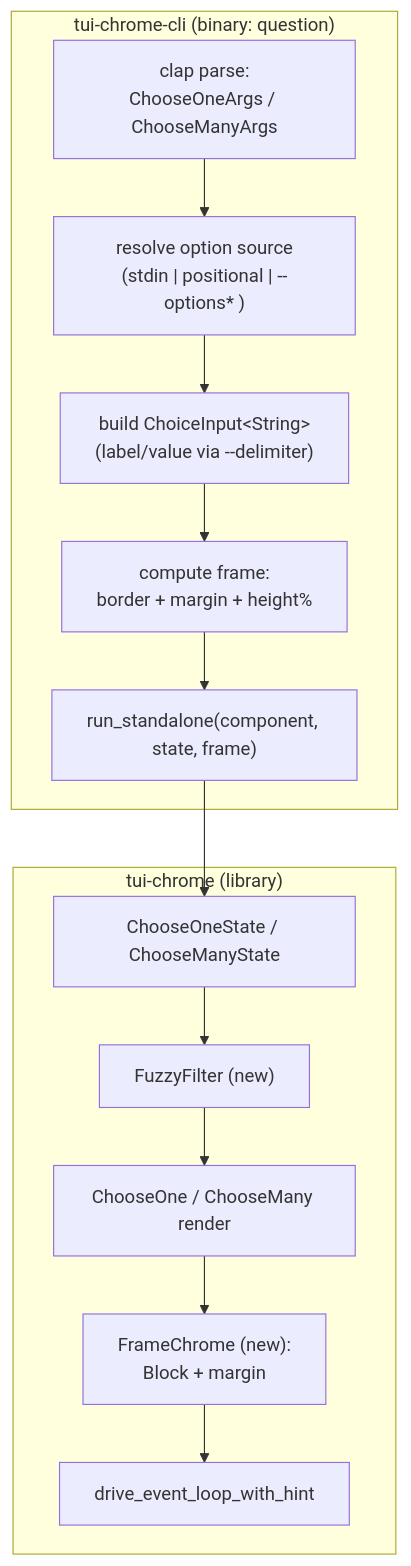
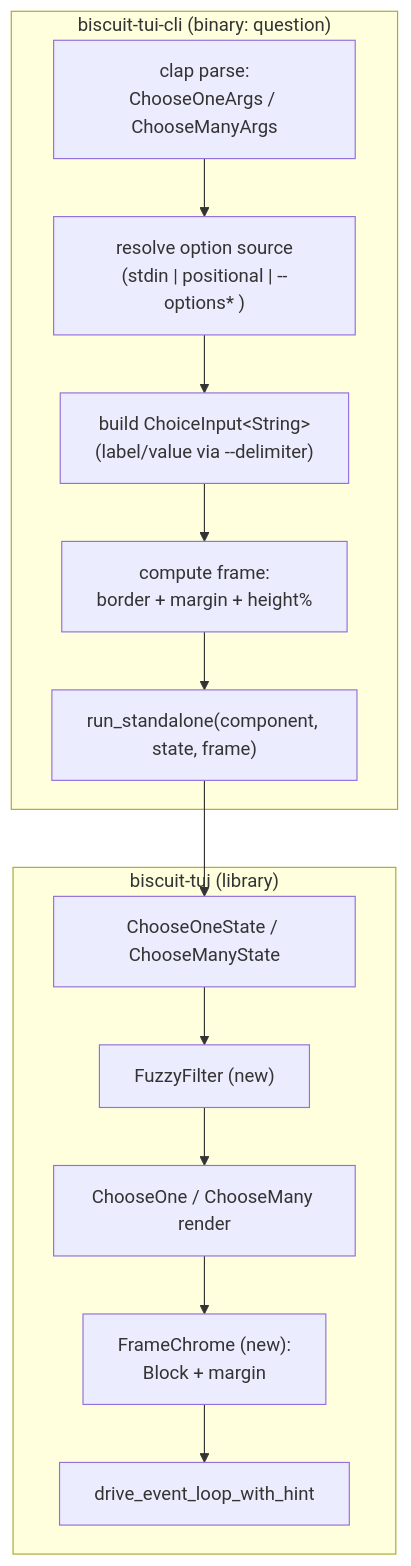
Before and after one commit to yankeeinlondon/rusty-biscuit: the first of 5 diagrams in biscuit-tui/features/_completed/2026-04-23-choose-cli/tech-design.md, drawn with Mermaid. The commit also changed other lines of this file and 36 other files, not shown here.

First line of the commit message:
docs(biscuit-tui): update status for completed features

````diff
--- a/biscuit-tui/features/_completed/2026-04-23-choose-cli/tech-design.md
+++ b/biscuit-tui/features/_completed/2026-04-23-choose-cli/tech-design.md
@@ -31,25 +31,25 @@
 ```mermaid
 flowchart TD
-    subgraph cli["tui-chrome-cli (binary: question)"]
+    subgraph cli["biscuit-tui-cli (binary: question)"]
         ARGS["clap parse:<br/>ChooseOneArgs / ChooseManyArgs"]
         SRC["resolve option source<br/>(stdin | positional | --options* )"]
         BUILD["build ChoiceInput&lt;String&gt;<br/>(label/value via --delimiter)"]
         FRAME["compute frame:<br/>border + margin + height%"]
         RUN["run_standalone(component, state, frame)"]
     end
 
-    subgraph lib["tui-chrome (library)"]
+    subgraph lib["biscuit-tui (library)"]
         STATE["ChooseOneState / ChooseManyState"]
         FILTER["FuzzyFilter (new)"]
         WIDGET["ChooseOne / ChooseMany render"]
         LOOP["drive_event_loop_with_hint"]
         CHROME["FrameChrome (new):<br/>Block + margin"]
     end
 
     ARGS --> SRC --> BUILD --> FRAME --> RUN
     RUN --> STATE
     STATE --> FILTER
     FILTER --> WIDGET
     WIDGET --> CHROME
     CHROME --> LOOP
 ```
````
